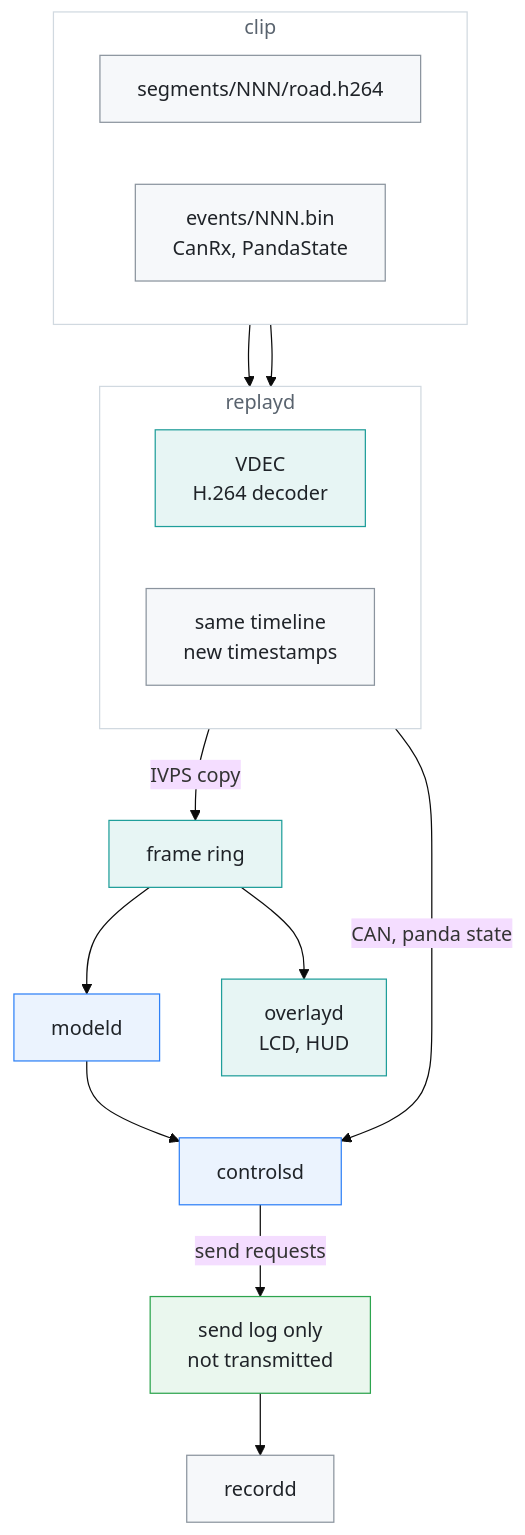
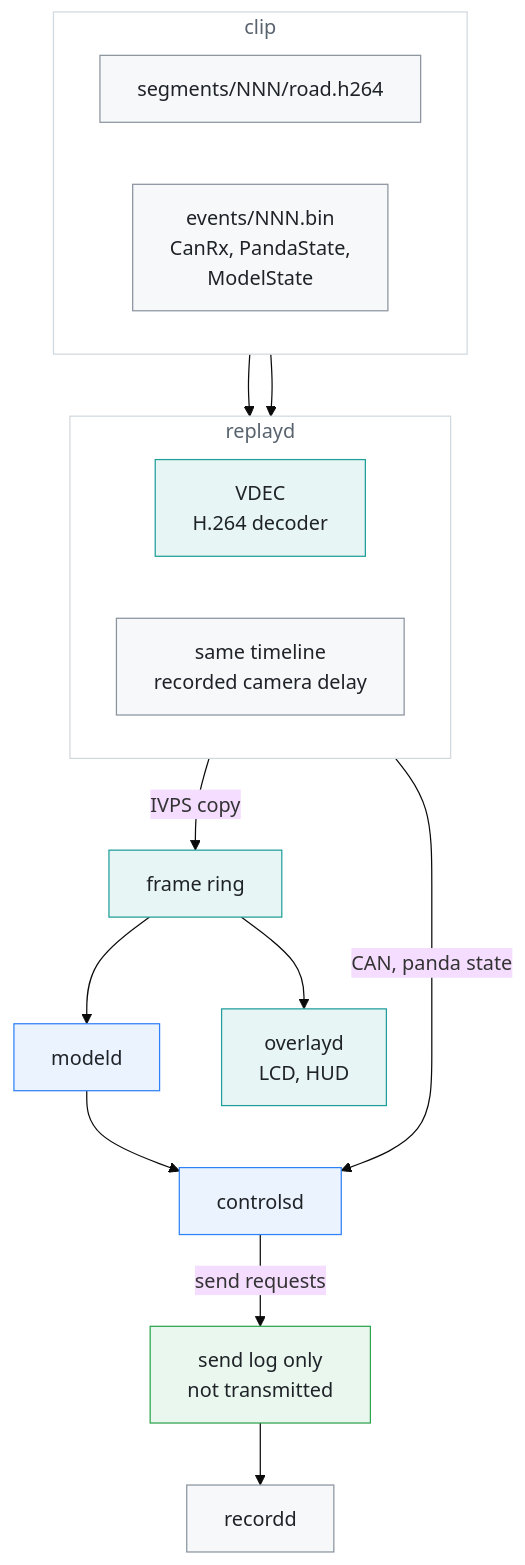
One commit to Deggory/edgepilot changed the first of 2 diagrams in docs/rehearsal.md. Above: the diagram before and after it, drawn with Mermaid (base theme). The commit also changed other lines of this file and 7 other files, not shown here.

````diff
--- a/docs/rehearsal.md
+++ b/docs/rehearsal.md
@@ -14,32 +14,32 @@
 ```mermaid
 flowchart TB
     subgraph clip["clip"]
         direction LR
         video["segments/NNN/road.h264"]
-        events["events/NNN.bin<br>CanRx, PandaState"]
+        events["events/NNN.bin<br>CanRx, PandaState,<br>ModelState"]
     end
     subgraph replayd["replayd"]
         direction LR
         vdec["VDEC<br>H.264 decoder"]
-        pace["same timeline<br>new timestamps"]
+        pace["same timeline<br>recorded camera delay"]
     end
     video --> vdec
     events --> pace
     vdec -- "IVPS copy" --> ring["frame ring"]
     ring --> modeld["modeld"]
     ring --> overlayd["overlayd<br>LCD, HUD"]
     pace -- "CAN, panda state" --> controlsd["controlsd"]
     modeld --> controlsd
     controlsd -- "send requests" --> sendlog["send log only<br>not transmitted"]
     sendlog --> recordd["recordd"]
     classDef pixel fill:#e7f5f4,stroke:#1f9e9a,color:#1f2328
     classDef compute fill:#ebf3fe,stroke:#2f81f7,color:#1f2328
     classDef proc fill:#f6f8fa,stroke:#8b949e,color:#1f2328
     classDef safety fill:#eaf7ee,stroke:#2da44e,color:#1f2328
     classDef group fill:#ffffff,stroke:#d1d9e0,color:#59636e
     class vdec,ring,overlayd pixel
     class modeld,controlsd compute
     class video,events,pace,recordd proc
     class sendlog safety
     class clip,replayd group
 ```
````
